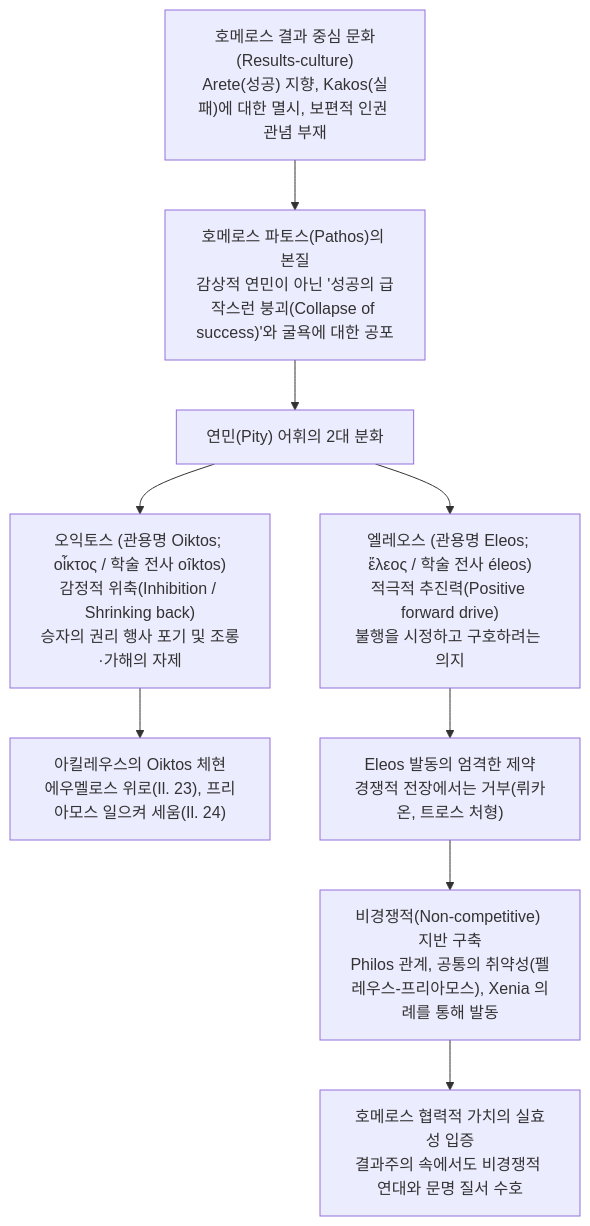
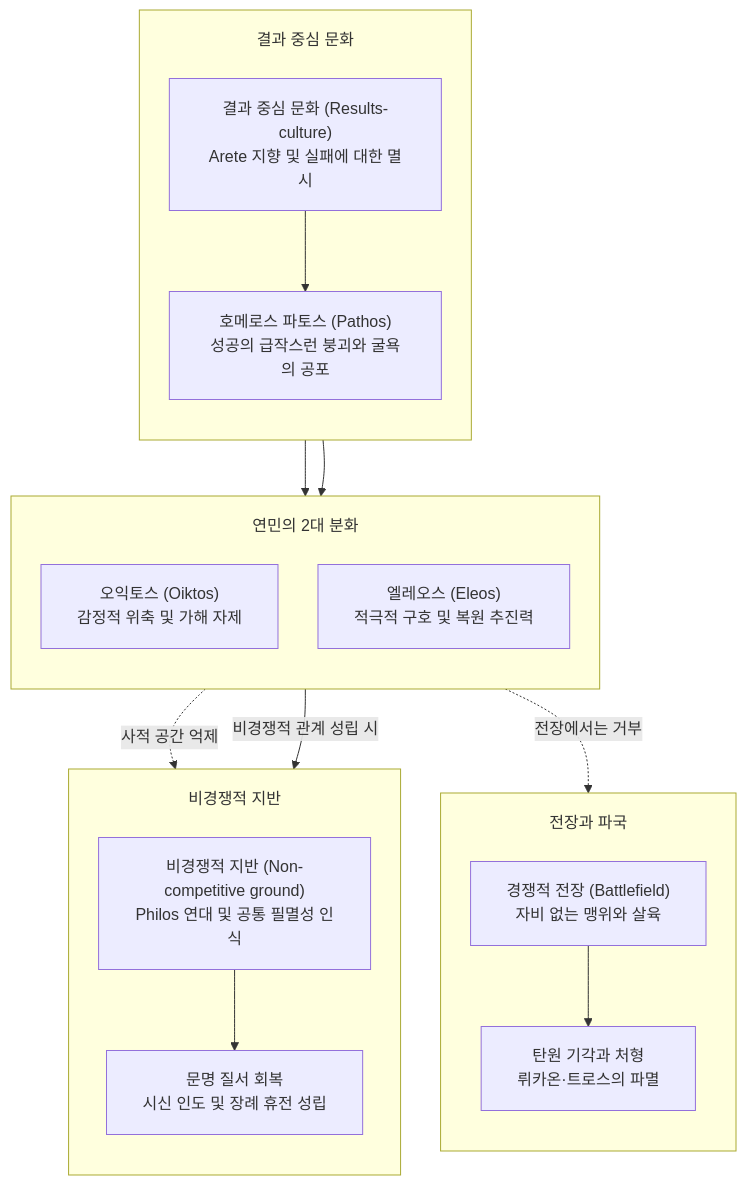
One commit to YgHnSIM/Homer_wiki changed the diagram in wiki/sources/scott-1979-pity-and-pathos.md. Above: the diagram before and after it, drawn with Mermaid. The commit also changed other lines of this file and 2 other files, not shown here.

Commit message:
docs(sources): scott-1979 문헌 검증 및 오익토스 위키링크·Mermaid 신규격 정제

````diff
--- a/wiki/sources/scott-1979-pity-and-pathos.md
+++ b/wiki/sources/scott-1979-pity-and-pathos.md
@@ -54,11 +54,36 @@
 ```mermaid
-graph TD
-    A["호메로스 결과 중심 문화(Results-culture)<br/>Arete(성공) 지향, Kakos(실패)에 대한 멸시, 보편적 인권 관념 부재"] --> B["호메로스 파토스(Pathos)의 본질<br/>감상적 연민이 아닌 '성공의 급작스런 붕괴(Collapse of success)'와 굴욕에 대한 공포"]
-    B --> C["연민(Pity) 어휘의 2대 분화"]
-    C --> D["오익토스 (관용명 Oiktos; οἶκτος / 학술 전사 oîktos)<br/>감정적 위축(Inhibition / Shrinking back)<br/>승자의 권리 행사 포기 및 조롱·가해의 자제"]
-    C --> E["엘레오스 (관용명 Eleos; ἔλεος / 학술 전사 éleos)<br/>적극적 추진력(Positive forward drive)<br/>불행을 시정하고 구호하려는 의지"]
-    D --> F["아킬레우스의 Oiktos 체현<br/>에우멜로스 위로(Il. 23), 프리아모스 일으켜 세움(Il. 24)"]
-    E --> G["Eleos 발동의 엄격한 제약<br/>경쟁적 전장에서는 거부(뤼카온, 트로스 처형)"]
-    G --> H["비경쟁적(Non-competitive) 지반 구축<br/>Philos 관계, 공통의 취약성(펠레우스-프리아모스), Xenia 의례를 통해 발동"]
-    H --> I["호메로스 협력적 가치의 실효성 입증<br/>결과주의 속에서도 비경쟁적 연대와 문명 질서 수호"]
+%%{init: {'flowchart': {'useMaxWidth': true, 'nodeSpacing': 40, 'rankSpacing': 56, 'padding': 18, 'subGraphTitleMargin': {'top': 18, 'bottom': 10}}}}%%
+flowchart TD
+    subgraph Culture ["결과 중심 문화"]
+        direction TB
+        A["결과 중심 문화 (Results-culture)<br/>Arete 지향 및 실패에 대한 멸시"]
+        B["호메로스 파토스 (Pathos)<br/>성공의 급작스런 붕괴와 굴욕의 공포"]
+        A --> B
+    end
+
+    subgraph Emotions ["연민의 2대 분화"]
+        direction TB
+        O["오익토스 (Oiktos)<br/>감정적 위축 및 가해 자제"]:::focus
+        E["엘레오스 (Eleos)<br/>적극적 구호 및 복원 추진력"]:::focus
+    end
+
+    subgraph Battlefield ["전장과 파국"]
+        direction TB
+        War["경쟁적 전장 (Battlefield)<br/>자비 없는 맹위와 살육"]
+        Doom["탄원 기각과 처형<br/>뤼카온·트로스의 파멸"]:::crisis
+        War --> Doom
+    end
+
+    subgraph Restorative ["비경쟁적 지반"]
+        direction TB
+        Ground["비경쟁적 지반 (Non-competitive ground)<br/>Philos 연대 및 공통 필멸성 인식"]
+        Peace["문명 질서 회복<br/>시신 인도 및 장례 휴전 성립"]:::resolve
+        Ground --> Peace
+    end
+
+    B --> O
+    B --> E
+    O -.->|"사적 공간 억제"| Restorative
+    E -.->|"전장에서는 거부"| Battlefield
+    E -->|"비경쟁적 관계 성립 시"| Restorative
 ```
````
